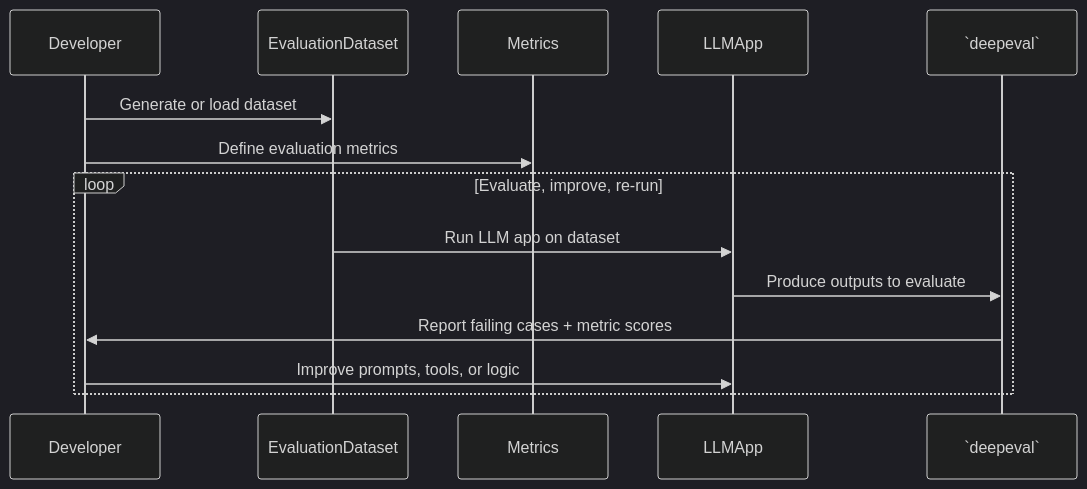
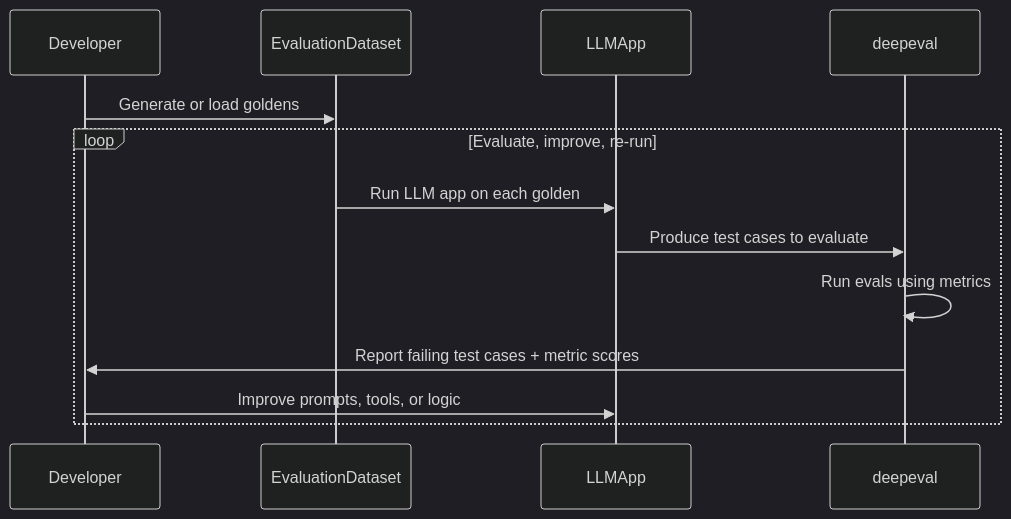
One commit to confident-ai/deepeval changed the first of 2 diagrams in docs/content/docs/evaluation-introduction.mdx. Above: the diagram before and after it, drawn with Mermaid (dark theme). The commit also changed other lines of this file and 237 other files, not shown here.

````diff
--- a/docs/content/docs/evaluation-introduction.mdx
+++ b/docs/content/docs/evaluation-introduction.mdx
@@ -19,17 +30,16 @@
 ```mermaid
 sequenceDiagram
     participant Dev as Developer
     participant DS as EvaluationDataset
-    participant M as Metrics
     participant App as LLMApp
-    participant DE as `deepeval`
+    participant DE as deepeval
 
-    Dev->>DS: Generate or load dataset
-    Dev->>M: Define evaluation metrics
+    Dev->>DS: Generate or load goldens
     loop Evaluate, improve, re-run
-        DS->>App: Run LLM app on dataset
-        App->>DE: Produce outputs to evaluate
-        DE->>Dev: Report failing cases + metric scores
+        DS->>App: Run LLM app on each golden
+        App->>DE: Produce test cases to evaluate
+        DE->>DE: Run evals using metrics
+        DE->>Dev: Report failing test cases + metric scores
         Dev->>App: Improve prompts, tools, or logic
     end
 ```
````
